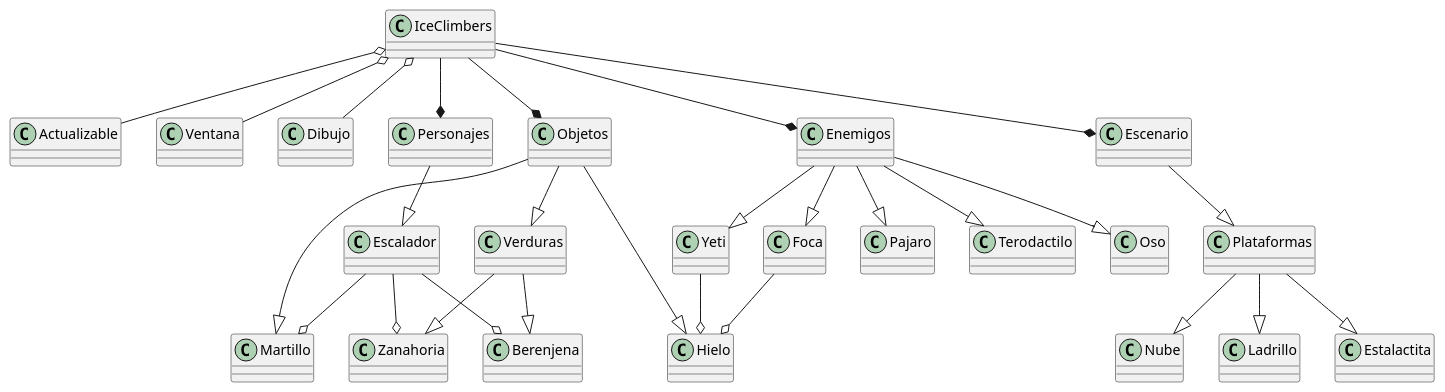
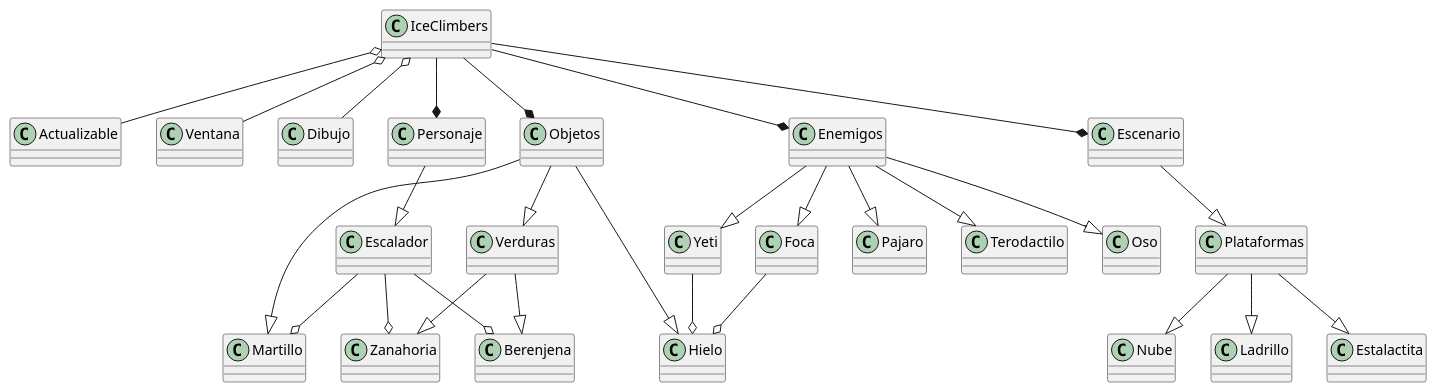
The diagram in docs/Diagrama.puml (IngeOski19/xoskii_), drawn with PlantUML before and after one commit. The commit also changed 1 other file, not shown here.

```diff
--- a/docs/Diagrama.puml
+++ b/docs/Diagrama.puml
@@ -1,63 +1,63 @@
 @startuml Si
 
 class IceClimbers
 class Actualizable 
 class Ventana 
 class Dibujo
-class Personajes
+class Personaje
 class Enemigos
 class Escalador
 class Yeti
 class Foca 
 class Pajaro
 class Terodactilo
 class Nube
 class Oso
 class Berenjena
 class Zanahoria
 class Verduras
 class Plataformas
 class Ladrillo
 class Estalactita
 class Martillo
 class Hielo 
 class Escenario
 class Objetos
 
-IceClimbers --* Personajes
+IceClimbers --* Personaje
 IceClimbers --* Escenario
 IceClimbers --* Enemigos
 IceClimbers --* Objetos
 IceClimbers o-- Actualizable
 IceClimbers o-- Ventana
 IceClimbers o-- Dibujo
 
-Personajes --|> Escalador
+Personaje --|> Escalador
 
 Escalador --o Martillo
 Escalador --o Berenjena
 Escalador --o Zanahoria
 
 Escenario --|> Plataformas
 
 Objetos --|> Martillo
 Objetos --|> Verduras
 Objetos --|> Hielo
 
 Plataformas --|> Nube
 Plataformas --|> Estalactita
 Plataformas --|> Ladrillo
 
 Verduras --|> Berenjena 
 Verduras --|> Zanahoria
 
 Enemigos --|> Yeti
 Enemigos --|> Oso
 Enemigos --|> Foca
 Enemigos --|> Pajaro
 Enemigos --|> Terodactilo
 
 Yeti --o Hielo
 Foca --o Hielo
 
 @enduml
```
